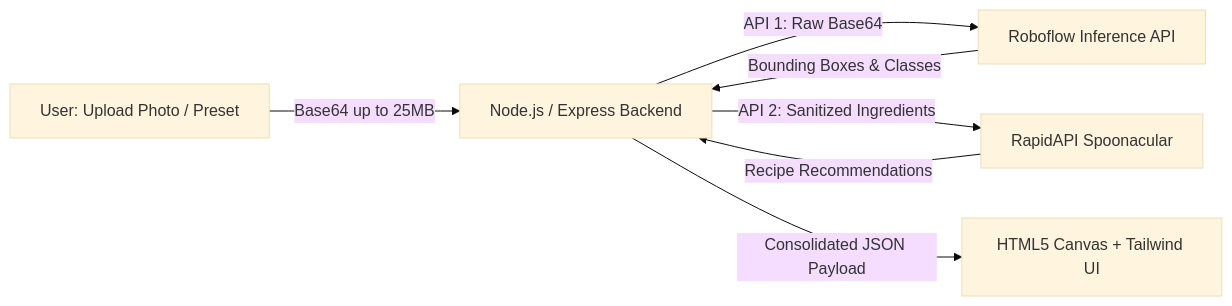
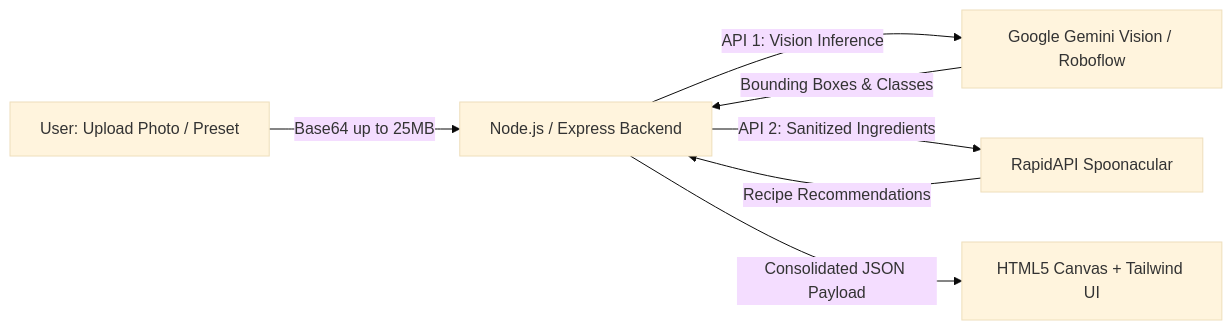
Before and after one commit to RD224/HackatonRobert: the diagram in README.md, drawn with Mermaid (base theme). The commit also changed other lines of this file and 6 other files, not shown here.

Commit message:
feat: integrate Google Gemini Flash Vision and enhance recipe matching from photo ingredients

````diff
--- a/README.md
+++ b/README.md
@@ -27,9 +28,9 @@
 ```mermaid
 flowchart LR
     A[User: Upload Photo / Preset] -->|Base64 up to 25MB| B[Node.js / Express Backend]
-    B -->|API 1: Raw Base64| C[Roboflow Inference API]
+    B -->|API 1: Vision Inference| C[Google Gemini Vision / Roboflow]
     C -->|Bounding Boxes & Classes| B
     B -->|API 2: Sanitized Ingredients| D[RapidAPI Spoonacular]
     D -->|Recipe Recommendations| B
     B -->|Consolidated JSON Payload| E[HTML5 Canvas + Tailwind UI]
 ```
````
